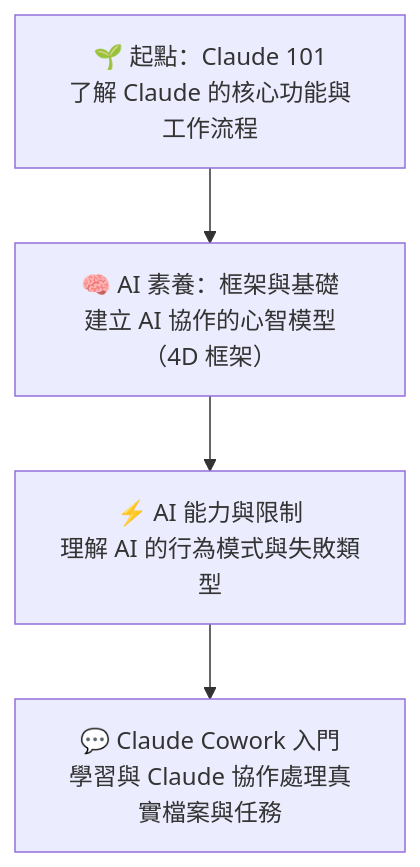
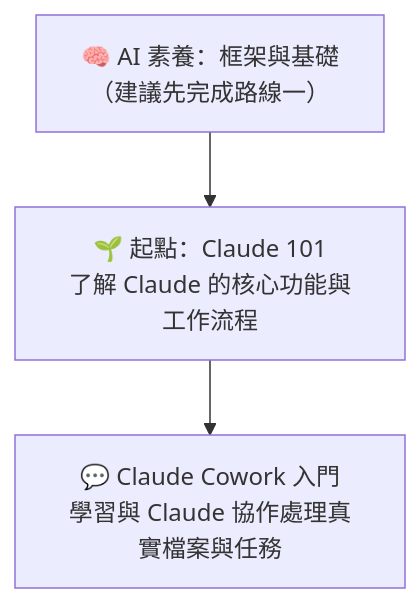
The second of 5 diagrams in docs/roadmap.md (L1247/Anthropic-Academy-Chinese), drawn with Mermaid before and after one commit. The commit also changed other lines of this file, not shown here.

````diff
--- a/docs/roadmap.md
+++ b/docs/roadmap.md
@@ -15,7 +42,6 @@
 ```mermaid
 flowchart TD
-    A["🌱 起點：Claude 101<br/>了解 Claude 的核心功能與工作流程"] --> B
-    B["🧠 AI 素養：框架與基礎<br/>建立 AI 協作的心智模型（4D 框架）"] --> C
-    C["⚡ AI 能力與限制<br/>理解 AI 的行為模式與失敗類型"] --> D
-    D["💬 Claude Cowork 入門<br/>學習與 Claude 協作處理真實檔案與任務"]
+    A["🧠 AI 素養：框架與基礎<br/>（建議先完成路線一）"] --> B
+    B["🌱 起點：Claude 101<br/>了解 Claude 的核心功能與工作流程"] --> C
+    C["💬 Claude Cowork 入門<br/>學習與 Claude 協作處理真實檔案與任務"]
 ```
````
